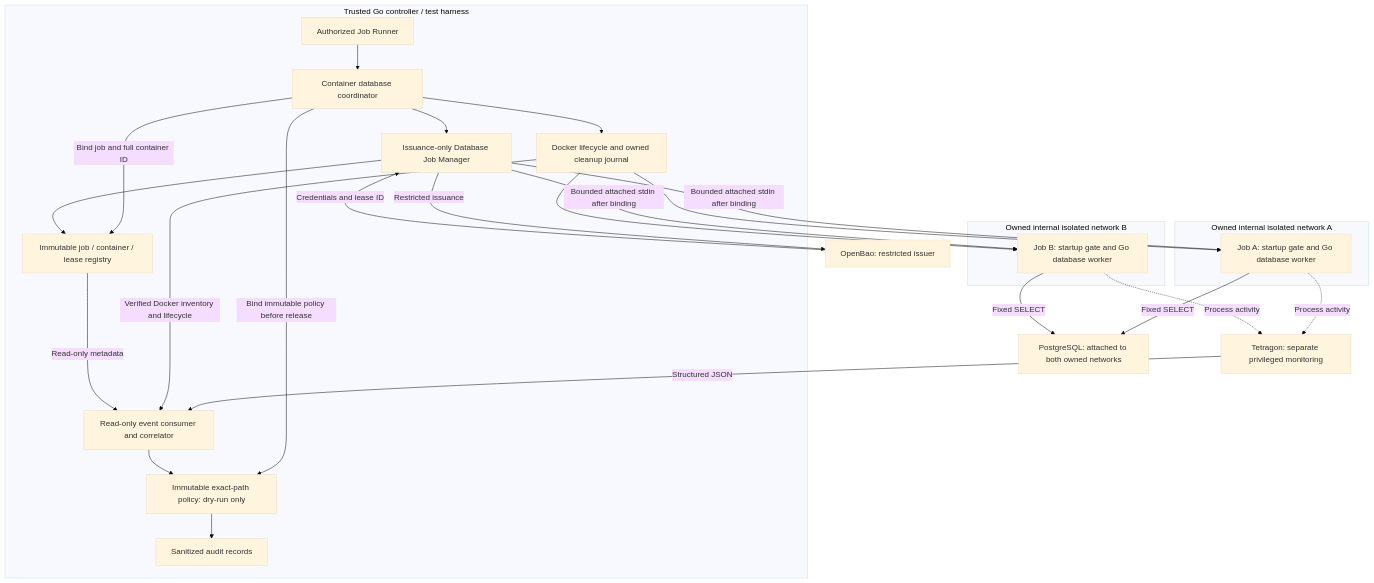
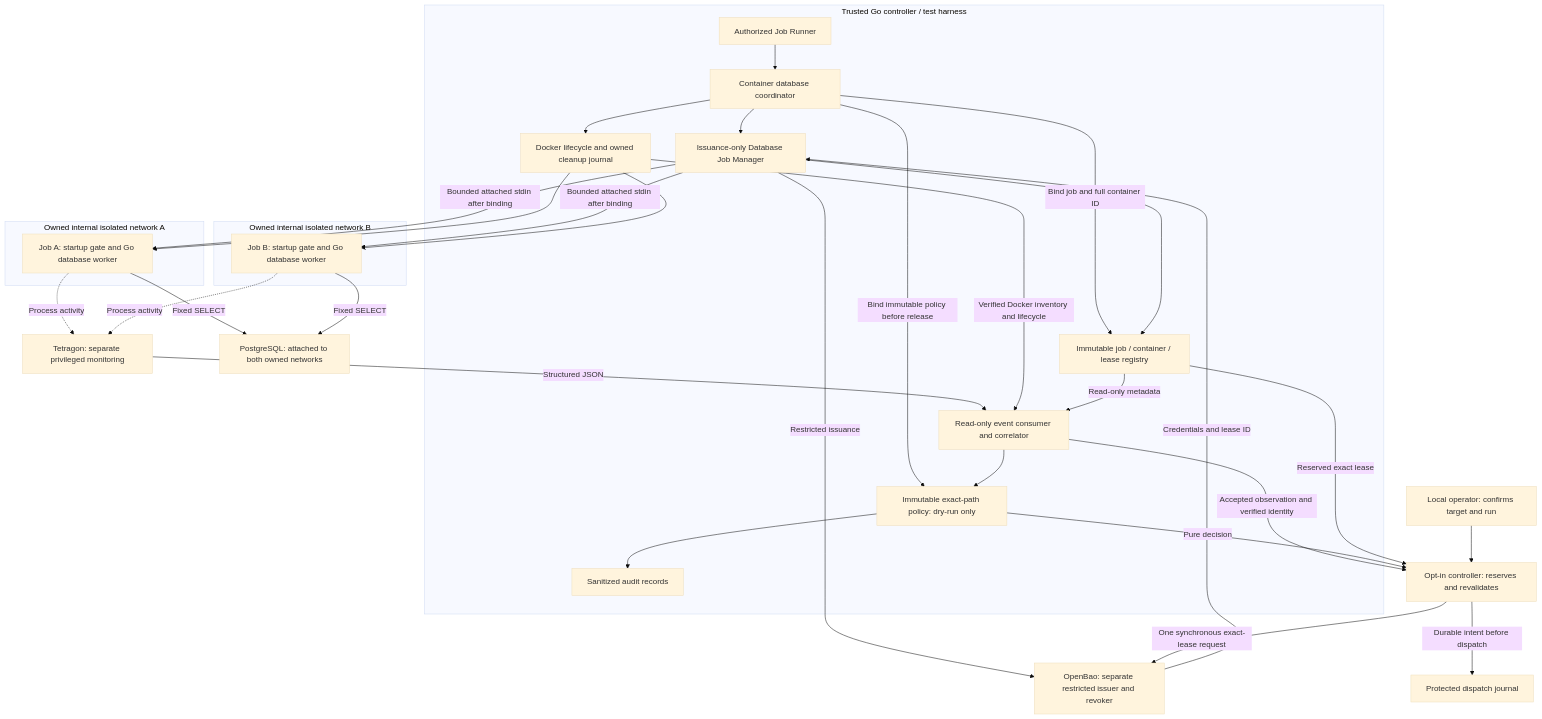
One commit to grdamico/runawaybao changed the diagram in README.md. Above: the diagram before and after it, drawn with Mermaid (base theme). The commit also changed other lines of this file and 20 other files, not shown here.

Commit message:
feat(enforcement): add live-verified exact-lease revocation for the local lab

````diff
--- a/README.md
+++ b/README.md
@@ -18,43 +19,52 @@
 ```mermaid
 flowchart TB
     subgraph Controller["Trusted Go controller / test harness"]
         Runner["Authorized Job Runner"]
         Coordinator["Container database coordinator"]
         Manager["Issuance-only Database Job Manager"]
         Registry["Immutable job / container / lease registry"]
         Launcher["Docker lifecycle and owned cleanup journal"]
         Observer["Read-only event consumer and correlator"]
         Policy["Immutable exact-path policy: dry-run only"]
         Audit["Sanitized audit records"]
     end
-    Bao["OpenBao: restricted issuer"]
+    Operator["Local operator: confirms target and run"]
+    Guard["Opt-in controller: reserves and revalidates"]
+    Journal["Protected dispatch journal"]
+    Bao["OpenBao: separate restricted issuer and revoker"]
     PG["PostgreSQL: attached to both owned networks"]
     subgraph NetA["Owned internal isolated network A"]
         A["Job A: startup gate and Go database worker"]
     end
     subgraph NetB["Owned internal isolated network B"]
         B["Job B: startup gate and Go database worker"]
     end
     Tetragon["Tetragon: separate privileged monitoring"]
     Runner --> Coordinator
     Coordinator --> Manager
     Coordinator --> Launcher
     Coordinator -->|"Bind job and full container ID"| Registry
     Coordinator -->|"Bind immutable policy before release"| Policy
     Manager -->|"Restricted issuance"| Bao
     Bao -->|"Credentials and lease ID"| Manager
     Manager --> Registry
     Manager -->|"Bounded attached stdin after binding"| A
     Manager -->|"Bounded attached stdin after binding"| B
     Launcher --> A
     Launcher --> B
     A -->|"Fixed SELECT"| PG
     B -->|"Fixed SELECT"| PG
     A -.->|"Process activity"| Tetragon
     B -.->|"Process activity"| Tetragon
     Tetragon -->|"Structured JSON"| Observer
     Launcher -->|"Verified Docker inventory and lifecycle"| Observer
     Registry -->|"Read-only metadata"| Observer
     Observer --> Policy
     Policy --> Audit
+    Operator --> Guard
+    Observer -->|"Accepted observation and verified identity"| Guard
+    Policy -->|"Pure decision"| Guard
+    Registry -->|"Reserved exact lease"| Guard
+    Guard -->|"Durable intent before dispatch"| Journal
+    Guard -->|"One synchronous exact-lease request"| Bao
 ```
````
